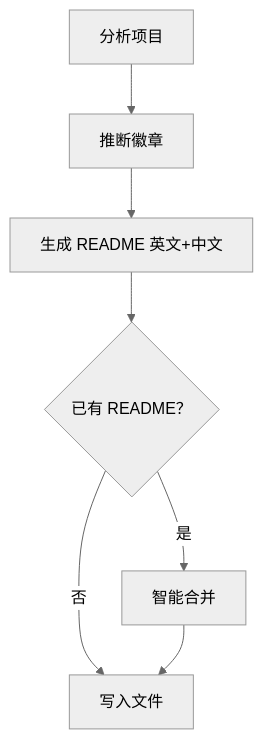
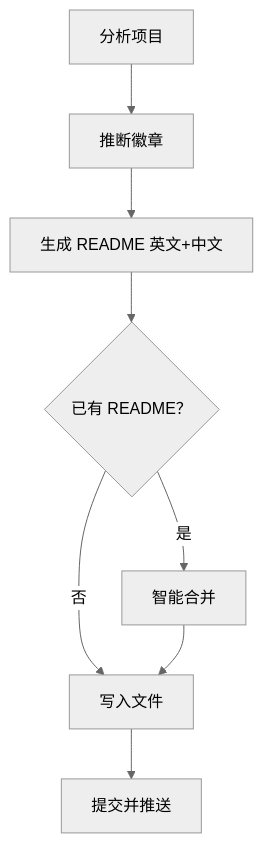
One commit to MitchellX/awesome-skills changed the diagram in openclaw-skills/readme-generator/README_CN.md. Above: the diagram before and after it, drawn with Mermaid (neutral theme). The commit also changed other lines of this file and 12 other files, not shown here.

````diff
--- a/openclaw-skills/readme-generator/README_CN.md
+++ b/openclaw-skills/readme-generator/README_CN.md
@@ -24,9 +24,10 @@
 ```mermaid
 flowchart TD
     A[分析项目] --> B[推断徽章]
     B --> C[生成 README 英文+中文]
     C --> D{已有 README？}
     D -->|是| E[智能合并]
     D -->|否| F[写入文件]
     E --> F
+    F --> G[提交并推送]
 ```
````
